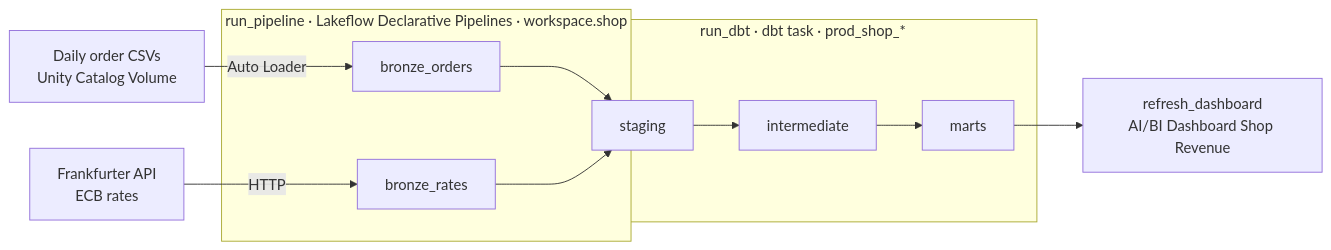
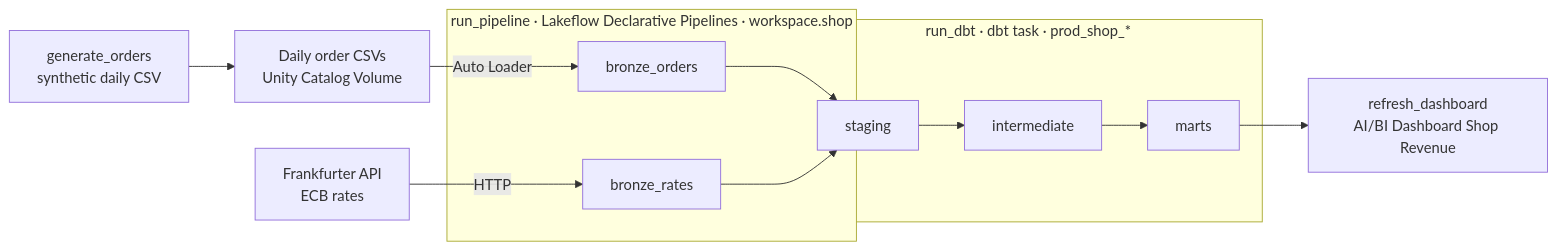
The first of 3 diagrams in README.md (grishina97/shop-pipeline), drawn with Mermaid before and after one commit. The commit also changed other lines of this file and 6 other files, not shown here.

First line of the commit message:
Generate a synthetic daily order file as the first shop_daily task

````diff
--- a/README.md
+++ b/README.md
@@ -19,18 +19,19 @@
 ```mermaid
 flowchart LR
-    CSV["Daily order CSVs<br/>Unity Catalog Volume"] -->|Auto Loader| BO[bronze_orders]
+    GEN["generate_orders<br/>synthetic daily CSV"] --> CSV["Daily order CSVs<br/>Unity Catalog Volume"]
+    CSV -->|Auto Loader| BO[bronze_orders]
     API["Frankfurter API<br/>ECB rates"] -->|HTTP| BR[bronze_rates]
 
     subgraph Lakeflow["run_pipeline · Lakeflow Declarative Pipelines · workspace.shop"]
         BO
         BR
     end
 
     subgraph dbt["run_dbt · dbt task · prod_shop_*"]
         STG[staging] --> INT[intermediate] --> MARTS[marts]
     end
 
     BO --> STG
     BR --> STG
     MARTS --> DASH["refresh_dashboard<br/>AI/BI Dashboard Shop Revenue"]
 ```
````
